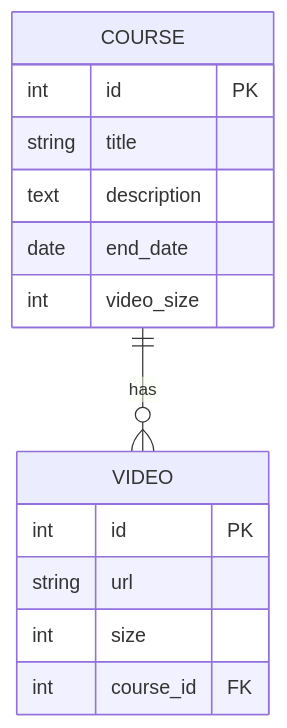
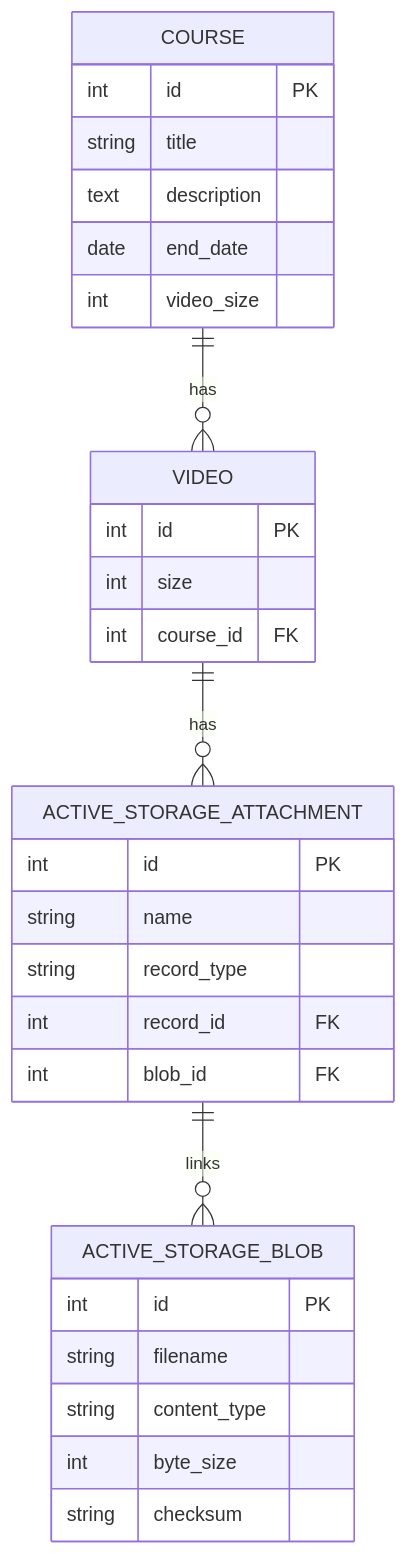
One commit to twygo-trial/twygo-select changed the diagram in README.md. Above: the diagram before and after it, drawn with Mermaid. The commit also changed other lines of this file and 13 other files, not shown here.

````diff
--- a/README.md
+++ b/README.md
@@ -18,19 +18,36 @@
 ```mermaid
 erDiagram
     COURSE {
         int id PK
         string title
         text description
         date end_date
         int video_size
     }
 
     VIDEO {
         int id PK
-        string url
         int size
         int course_id FK
     }
 
+    ACTIVE_STORAGE_ATTACHMENT {
+        int id PK
+        string name
+        string record_type
+        int record_id FK
+        int blob_id FK
+    }
+
+    ACTIVE_STORAGE_BLOB {
+        int id PK
+        string filename
+        string content_type
+        int byte_size
+        string checksum
+    }
+
     COURSE ||--o{ VIDEO : has
+    VIDEO ||--o{ ACTIVE_STORAGE_ATTACHMENT : has
+    ACTIVE_STORAGE_ATTACHMENT ||--o{ ACTIVE_STORAGE_BLOB : links
 ```
````
